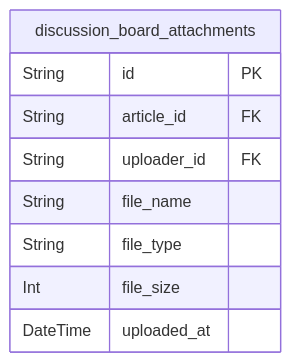
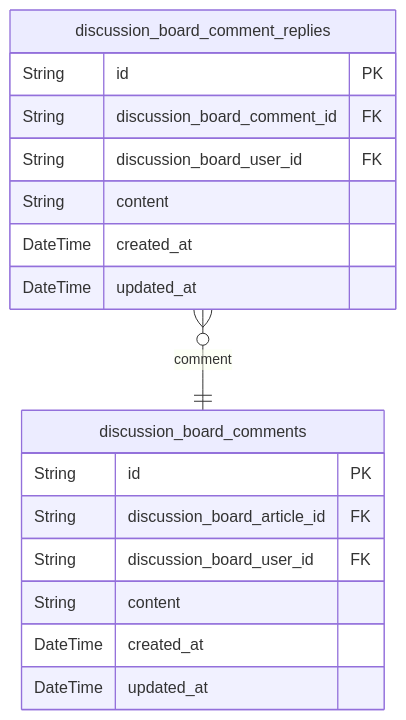
One commit to wrtnlabs/autobe-examples changed the fourth of 5 diagrams in meta-llama/llama-4-maverick/bbs/docs/ERD.md. Above: the diagram before and after it, drawn with Mermaid. The commit also changed other lines of this file and 3569 other files, not shown here.

````diff
--- a/meta-llama/llama-4-maverick/bbs/docs/ERD.md
+++ b/meta-llama/llama-4-maverick/bbs/docs/ERD.md
@@ -202,12 +229,20 @@
 ```mermaid
 erDiagram
-"discussion_board_attachments" {
+"discussion_board_comments" {
   String id PK
-  String article_id FK
-  String uploader_id FK
-  String file_name
-  String file_type
-  Int file_size
-  DateTime uploaded_at
+  String discussion_board_article_id FK
+  String discussion_board_user_id FK
+  String content
+  DateTime created_at
+  DateTime updated_at
 }
+"discussion_board_comment_replies" {
+  String id PK
+  String discussion_board_comment_id FK
+  String discussion_board_user_id FK
+  String content
+  DateTime created_at
+  DateTime updated_at
+}
+"discussion_board_comment_replies" }o--|| "discussion_board_comments" : comment
 ```
````
